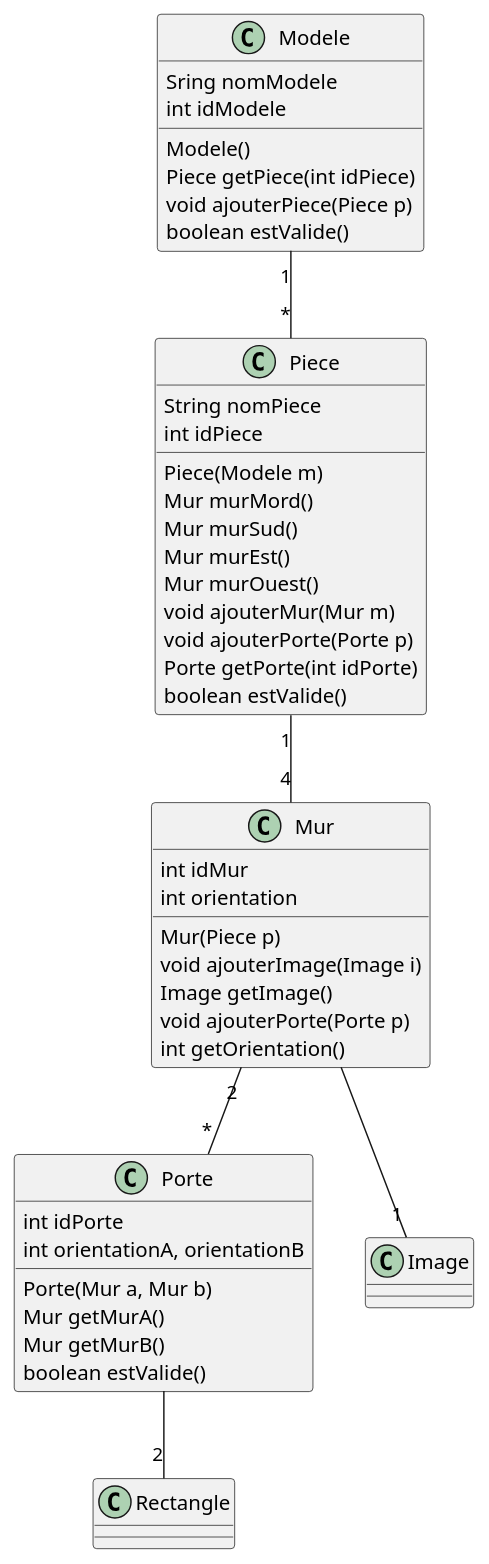
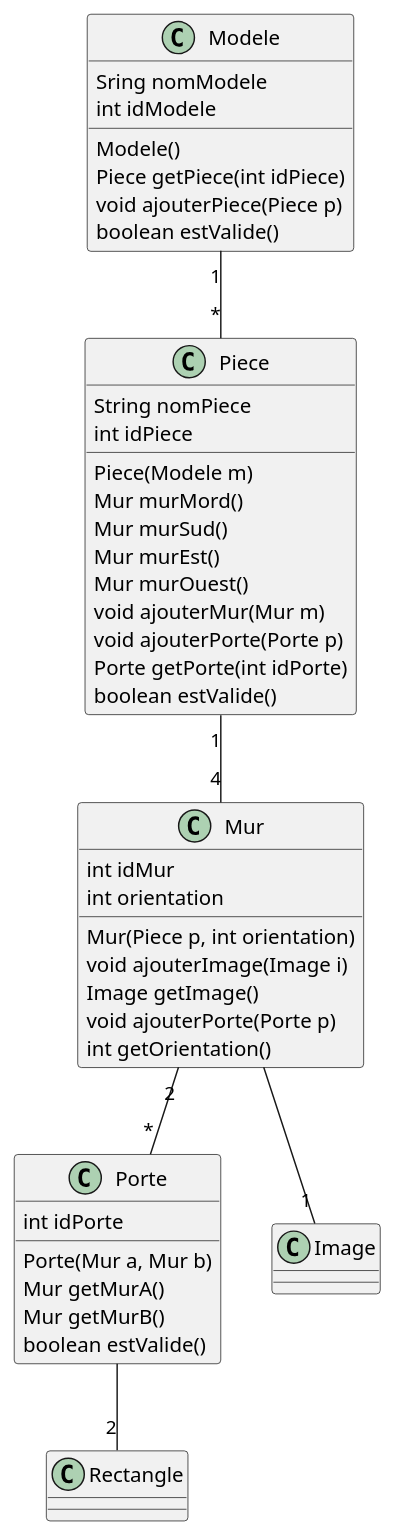
Before and after one commit to Synnly/projet-dev-mobiles: the diagram in Documents/DiagrammeClasses.wsd, drawn with PlantUML. The commit also changed 12 other files, not shown here.

Commit message:
MAJ du diagramme de classes, début de l'implémentation du modèle de données et tests complet de la classe Porte

```diff
--- a/Documents/DiagrammeClasses.wsd
+++ b/Documents/DiagrammeClasses.wsd
@@ -1,50 +1,49 @@
 @startuml
 
 class Modele{
     Sring nomModele
     int idModele
     Modele()
     Piece getPiece(int idPiece)
     void ajouterPiece(Piece p)
     boolean estValide()
 }
 
 class Piece{
     String nomPiece
     int idPiece
     Piece(Modele m)
     Mur murMord()
     Mur murSud()
     Mur murEst()
     Mur murOuest()
     void ajouterMur(Mur m)
     void ajouterPorte(Porte p)
     Porte getPorte(int idPorte)
     boolean estValide()
 }
 
 class Mur{
     int idMur
     int orientation
-    Mur(Piece p)
+    Mur(Piece p, int orientation)
     void ajouterImage(Image i)
     Image getImage()
     void ajouterPorte(Porte p)
     int getOrientation()
 
 }
 
 class Porte{
     int idPorte
-    int orientationA, orientationB
     Porte(Mur a, Mur b)
     Mur getMurA()
     Mur getMurB()
     boolean estValide()
 }
 Modele "1"--"*" Piece
 Piece "1"--"4" Mur
 Mur "2"--"*" Porte
 Mur --"1" Image
 Porte --"2" Rectangle
 @enduml
```
